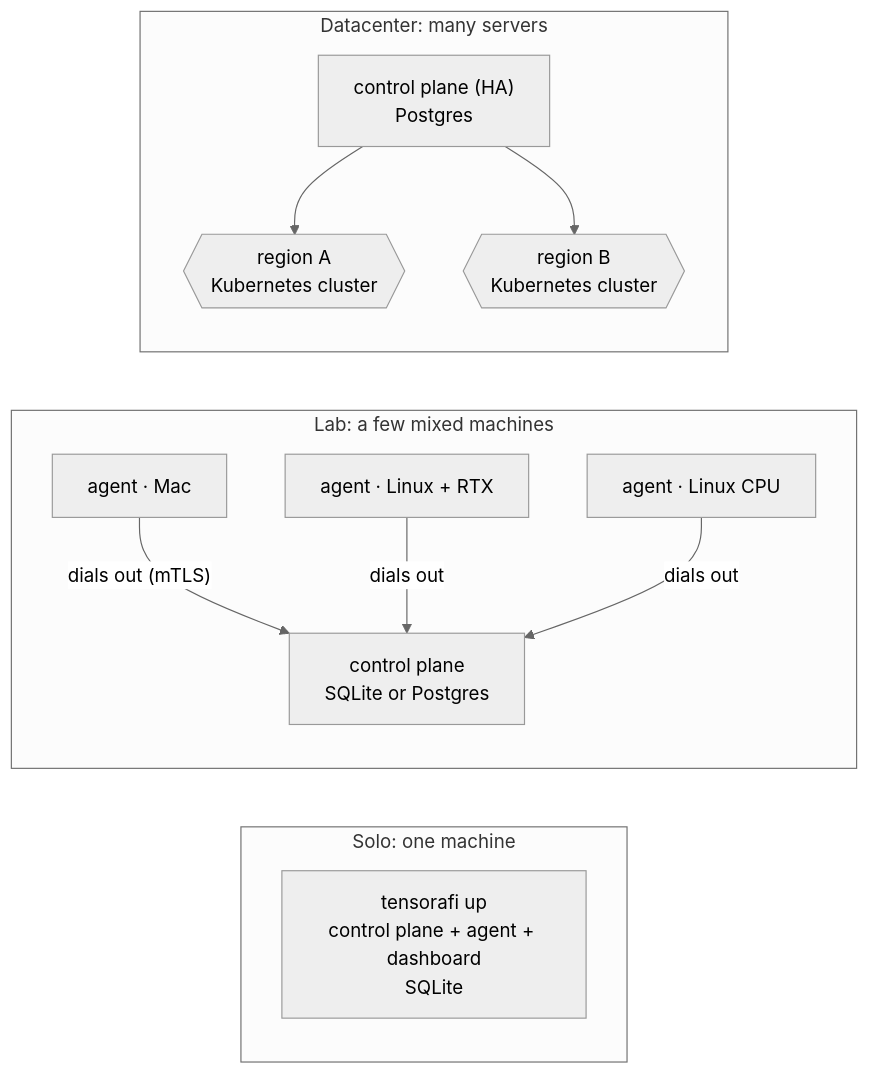
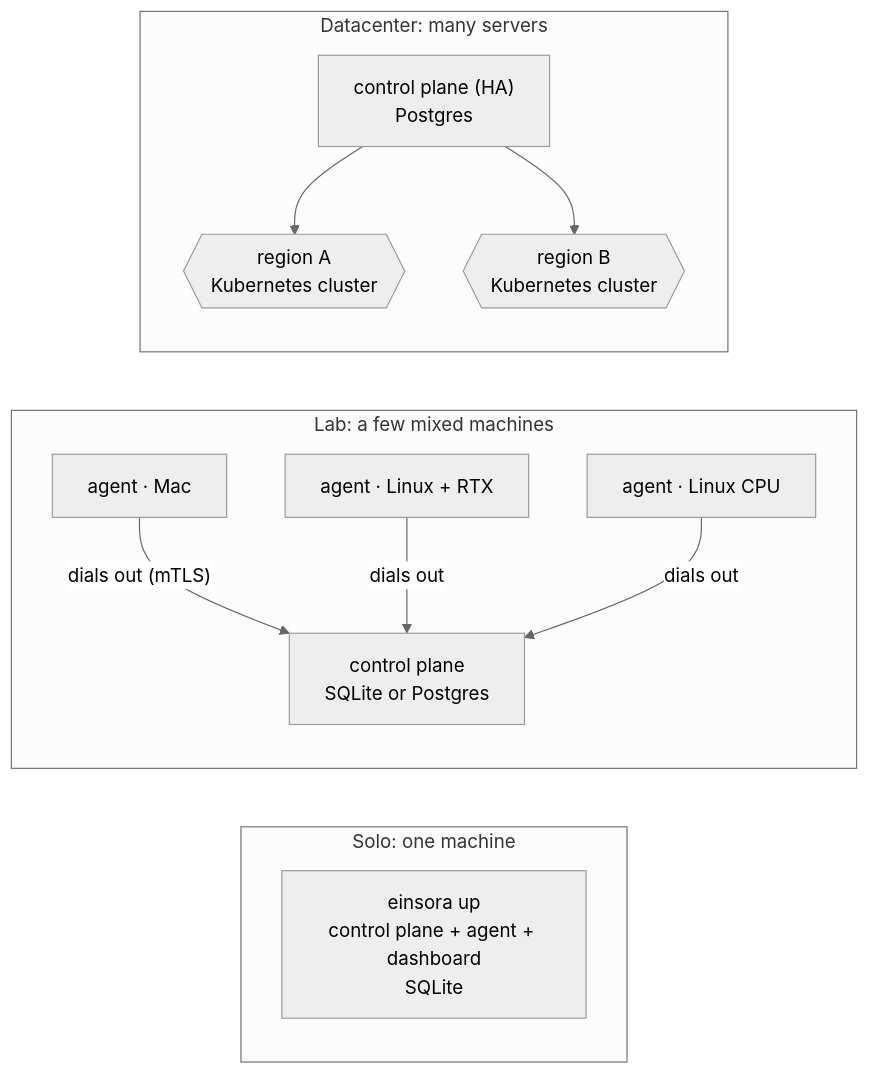
The first of 5 diagrams in docs/architecture/overview.md (krishnanand20/Einsora), drawn with Mermaid (neutral theme) before and after one commit. The commit also changed other lines of this file and 215 other files, not shown here.

````diff
--- a/docs/architecture/overview.md
+++ b/docs/architecture/overview.md
@@ -25,22 +25,22 @@
 ```mermaid
 flowchart LR
   subgraph Solo["Solo: one machine"]
-    up["tensorafi up<br/>control plane + agent + dashboard<br/>SQLite"]
+    up["einsora up<br/>control plane + agent + dashboard<br/>SQLite"]
   end
   subgraph Lab["Lab: a few mixed machines"]
     cp1["control plane<br/>SQLite or Postgres"]
     a1["agent · Mac"]
     a2["agent · Linux + RTX"]
     a3["agent · Linux CPU"]
     a1 -- dials out (mTLS) --> cp1
     a2 -- dials out --> cp1
     a3 -- dials out --> cp1
   end
   subgraph DC["Datacenter: many servers"]
     cp2["control plane (HA)<br/>Postgres"]
     k1{{"region A<br/>Kubernetes cluster"}}
     k2{{"region B<br/>Kubernetes cluster"}}
     cp2 --> k1
     cp2 --> k2
   end
 ```
````
